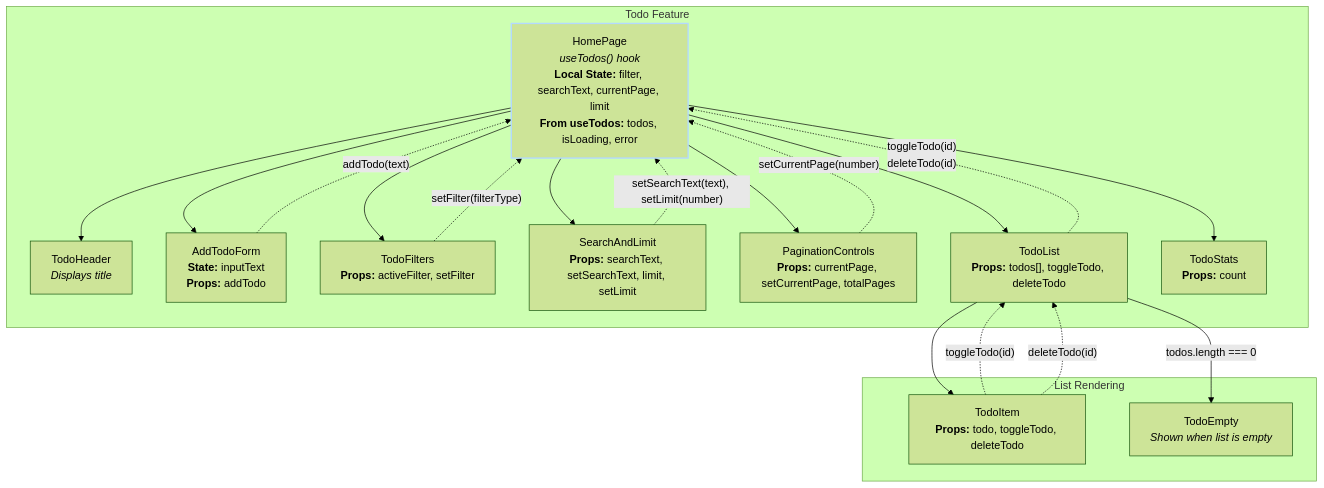
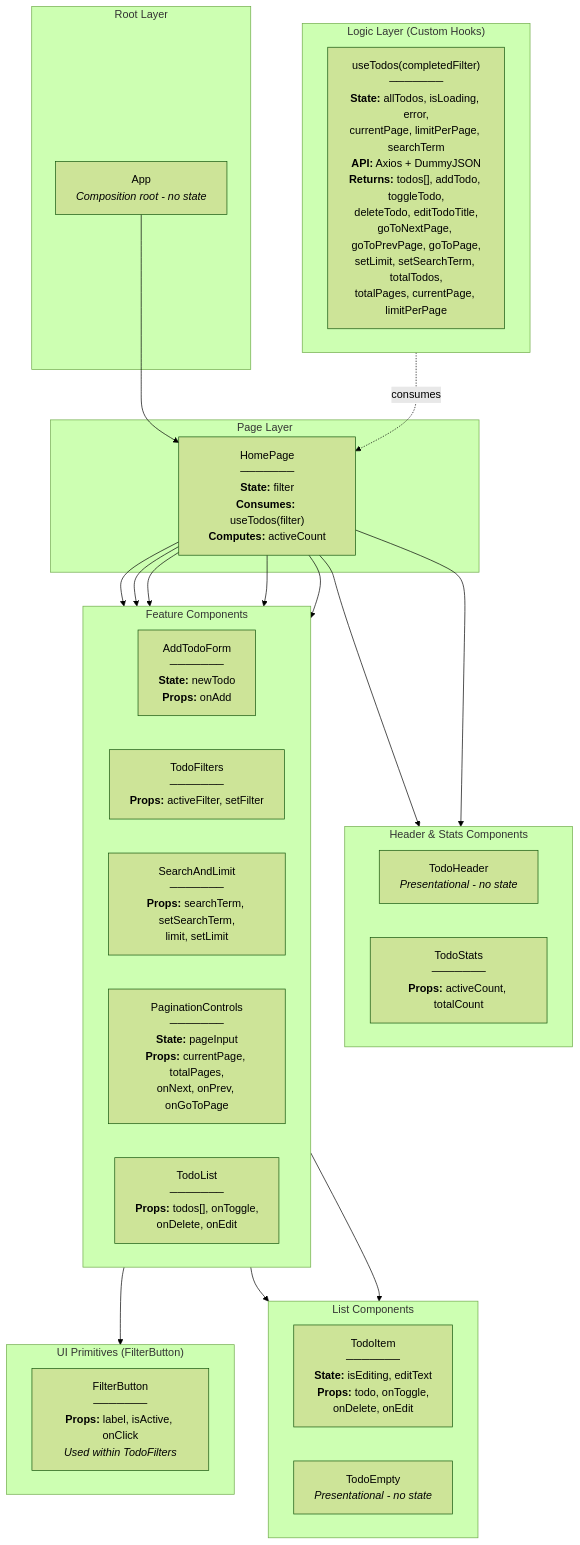
The diagram in README.md (tosentai/react_lab4-6), drawn with Mermaid (forest theme) before and after one commit. The commit also changed other lines of this file, not shown here.

Commit message:
docs: update README with new features and layered architecture diagram

````diff
--- a/README.md
+++ b/README.md
@@ -28,40 +41,56 @@
 ```mermaid
-graph TD;
-    HomePage["HomePage<br/><i>useTodos() hook</i><br/><b>Local State:</b> filter, searchText, currentPage, limit<br/><b>From useTodos:</b> todos, isLoading, error"]
-
-    TodoHeader["TodoHeader<br/><i>Displays title</i>"]
-    AddTodoForm["AddTodoForm<br/><b>State:</b> inputText<br/><b>Props:</b> addTodo"]
-    TodoFilters["TodoFilters<br/><b>Props:</b> activeFilter, setFilter"]
-    SearchAndLimit["SearchAndLimit<br/><b>Props:</b> searchText, setSearchText, limit, setLimit"]
-    PaginationControls["PaginationControls<br/><b>Props:</b> currentPage, setCurrentPage, totalPages"]
-    TodoList["TodoList<br/><b>Props:</b> todos[], toggleTodo, deleteTodo"]
-    TodoStats["TodoStats<br/><b>Props:</b> count"]
-
-    TodoItem["TodoItem<br/><b>Props:</b> todo, toggleTodo, deleteTodo"]
-    TodoEmpty["TodoEmpty<br/><i>Shown when list is empty</i>"]
-
-    subgraph "Todo Feature"
-        HomePage --> TodoHeader
-        HomePage --> AddTodoForm
-        HomePage --> TodoFilters
-        HomePage --> SearchAndLimit
-        HomePage --> PaginationControls
-        HomePage --> TodoList
-        HomePage --> TodoStats
+graph TB;
+    subgraph L1["Logic Layer (Custom Hooks)"]
+        direction LR
+        H1["useTodos(completedFilter)<br/>───────<br/><b>State:</b> allTodos, isLoading, error,<br/>currentPage, limitPerPage, searchTerm<br/><b>API:</b> Axios + DummyJSON<br/><b>Returns:</b> todos[], addTodo, toggleTodo,<br/>deleteTodo, editTodoTitle,<br/>goToNextPage, goToPrevPage, goToPage,<br/>setLimit, setSearchTerm, totalTodos,<br/>totalPages, currentPage, limitPerPage"]
     end
 
-    subgraph "List Rendering"
-        TodoList --> TodoItem
-        TodoList -- "todos.length === 0" --> TodoEmpty
+    subgraph L2["Root Layer"]
+        App["App<br/><i>Composition root - no state</i>"]
     end
 
-    style HomePage stroke:#b3d9ff,stroke-width:2px
+    subgraph L3["Page Layer"]
+        HomePage["HomePage<br/>───────<br/><b>State:</b> filter<br/><b>Consumes:</b> useTodos(filter)<br/><b>Computes:</b> activeCount"]
+    end
 
-    AddTodoForm -.->|"addTodo(text)"| HomePage
-    TodoFilters -.->|"setFilter(filterType)"| HomePage
-    SearchAndLimit -.->|"setSearchText(text), setLimit(number)"| HomePage
-    PaginationControls -.->|"setCurrentPage(number)"| HomePage
-    TodoItem -.->|"toggleTodo(id)"| TodoList
-    TodoItem -.->|"deleteTodo(id)"| TodoList
-    TodoList -.->|"toggleTodo(id)<br/>deleteTodo(id)"| HomePage
+    subgraph L4["Header & Stats Components"]
+        direction LR
+        TodoHeader["TodoHeader<br/><i>Presentational - no state</i>"]
+        TodoStats["TodoStats<br/>───────<br/><b>Props:</b> activeCount, totalCount"]
+    end
+
+    subgraph L5["Feature Components"]
+        direction LR
+        F1["AddTodoForm<br/>───────<br/><b>State:</b> newTodo<br/><b>Props:</b> onAdd"]
+        F2["TodoFilters<br/>───────<br/><b>Props:</b> activeFilter, setFilter"]
+        F3["SearchAndLimit<br/>───────<br/><b>Props:</b> searchTerm, setSearchTerm,<br/>limit, setLimit"]
+        F4["PaginationControls<br/>───────<br/><b>State:</b> pageInput<br/><b>Props:</b> currentPage, totalPages,<br/>onNext, onPrev, onGoToPage"]
+        F5["TodoList<br/>───────<br/><b>Props:</b> todos[], onToggle,<br/>onDelete, onEdit"]
+    end
+
+    subgraph L6["List Components"]
+        direction LR
+        TodoItem["TodoItem<br/>───────<br/><b>State:</b> isEditing, editText<br/><b>Props:</b> todo, onToggle,<br/>onDelete, onEdit"]
+        TodoEmpty["TodoEmpty<br/><i>Presentational - no state</i>"]
+    end
+
+    subgraph L7["UI Primitives (FilterButton)"]
+        direction LR
+        FilterButton["FilterButton<br/>───────<br/><b>Props:</b> label, isActive, onClick<br/><i>Used within TodoFilters</i>"]
+    end
+
+    H1 -.->|consumes| HomePage
+
+    App --> HomePage
+    HomePage --> TodoHeader
+    HomePage --> F1
+    HomePage --> F2
+    HomePage --> F3
+    HomePage --> F4
+    HomePage --> F5
+    HomePage --> TodoStats
+
+    F5 --> TodoItem
+    F5 --> TodoEmpty
+    F2 --> FilterButton
 ```
````
